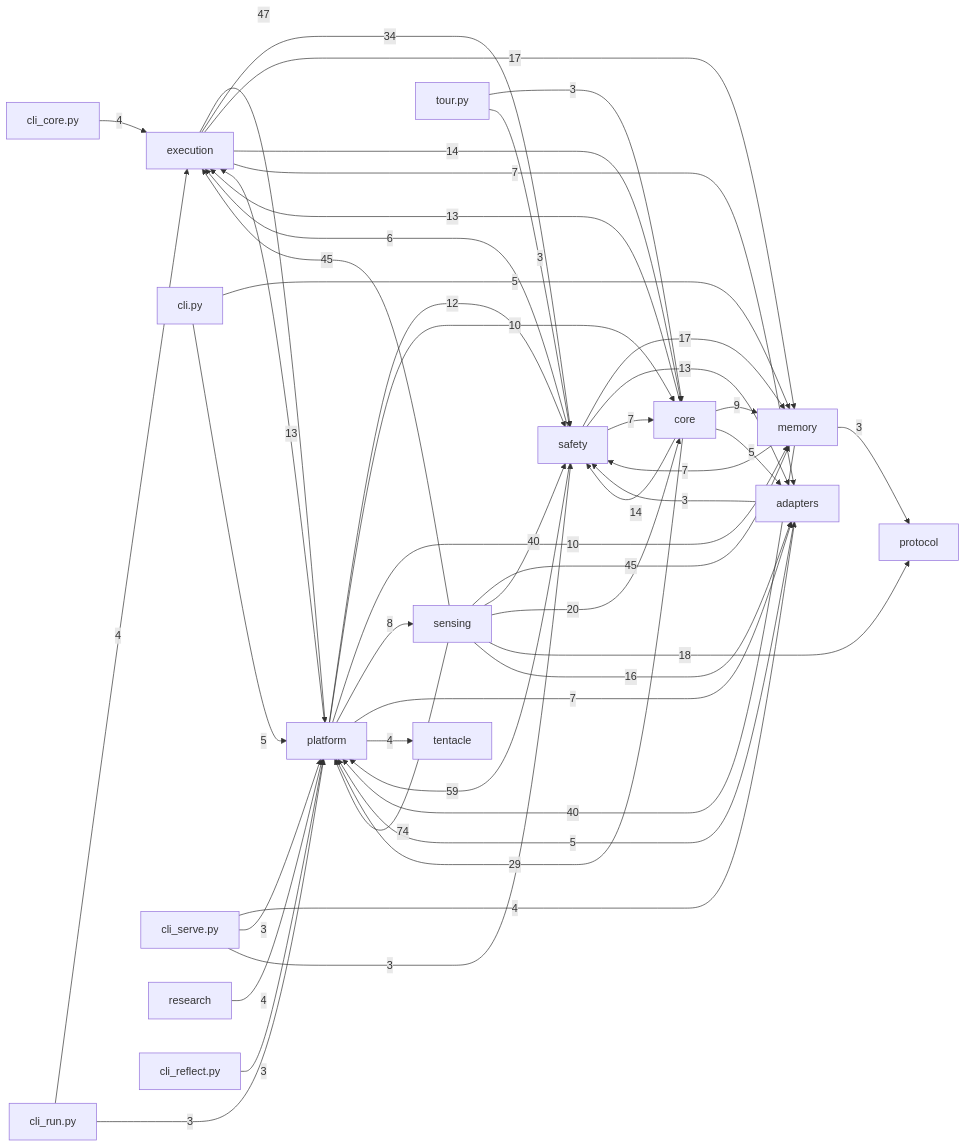
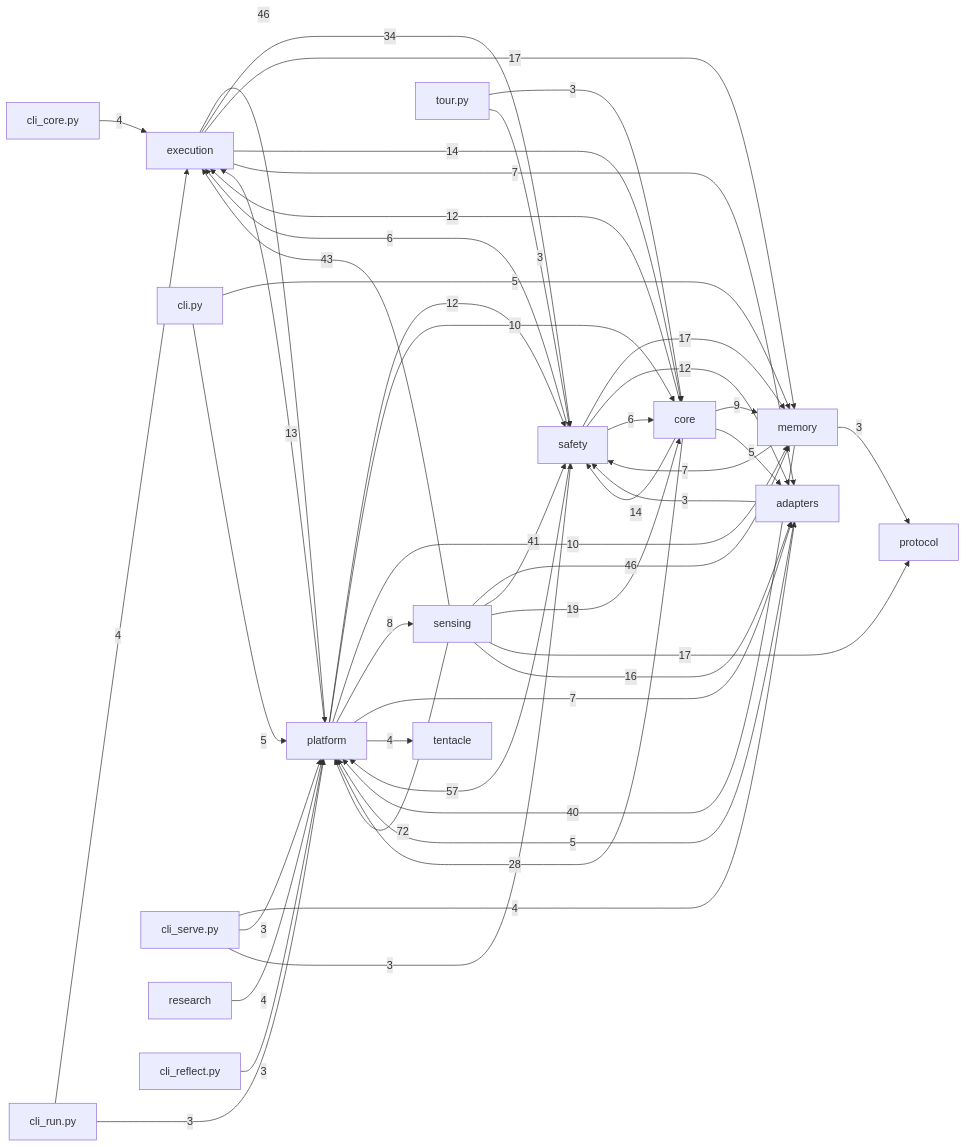
One commit to dengdenghua/octopus-agent changed the diagram in docs/auto/20-backend/index.md. Above: the diagram before and after it, drawn with Mermaid. The commit also changed 27 other files, not shown here.

````diff
--- a/docs/auto/20-backend/index.md
+++ b/docs/auto/20-backend/index.md
@@ -26,56 +26,56 @@
 ```mermaid
 graph LR
   execution[execution]
   core[core]
   safety[safety]
   memory[memory]
   sensing[sensing]
   adapters[adapters]
   platform[platform]
-  sensing -- 74 --> platform
-  safety -- 59 --> platform
-  execution -- 47 --> platform
-  sensing -- 45 --> execution
-  sensing -- 45 --> memory
+  sensing -- 72 --> platform
+  safety -- 57 --> platform
+  execution -- 46 --> platform
+  sensing -- 46 --> memory
+  sensing -- 43 --> execution
+  sensing -- 41 --> safety
   memory -- 40 --> platform
-  sensing -- 40 --> safety
   execution -- 34 --> safety
-  core -- 29 --> platform
-  sensing -- 20 --> core
-  sensing -- 18 --> protocol
+  core -- 28 --> platform
+  sensing -- 19 --> core
   execution -- 17 --> memory
   safety -- 17 --> memory
+  sensing -- 17 --> protocol
   sensing -- 16 --> adapters
   core -- 14 --> safety
   execution -- 14 --> core
-  core -- 13 --> execution
   platform -- 13 --> execution
-  safety -- 13 --> adapters
+  core -- 12 --> execution
   platform -- 12 --> safety
+  safety -- 12 --> adapters
   platform -- 10 --> core
   platform -- 10 --> memory
   core -- 9 --> memory
   platform -- 8 --> sensing
   execution -- 7 --> adapters
   memory -- 7 --> safety
   platform -- 7 --> adapters
-  safety -- 7 --> core
+  safety -- 6 --> core
   safety -- 6 --> execution
   adapters -- 5 --> platform
   cli.py -- 5 --> memory
   cli.py -- 5 --> platform
   core -- 5 --> adapters
   cli_core.py -- 4 --> execution
   cli_run.py -- 4 --> execution
   cli_serve.py -- 4 --> adapters
   platform -- 4 --> tentacle
   research -- 4 --> platform
   adapters -- 3 --> safety
   cli_reflect.py -- 3 --> platform
   cli_run.py -- 3 --> platform
   cli_serve.py -- 3 --> platform
   cli_serve.py -- 3 --> safety
   memory -- 3 --> protocol
   tour.py -- 3 --> core
   tour.py -- 3 --> safety
 ```
````
